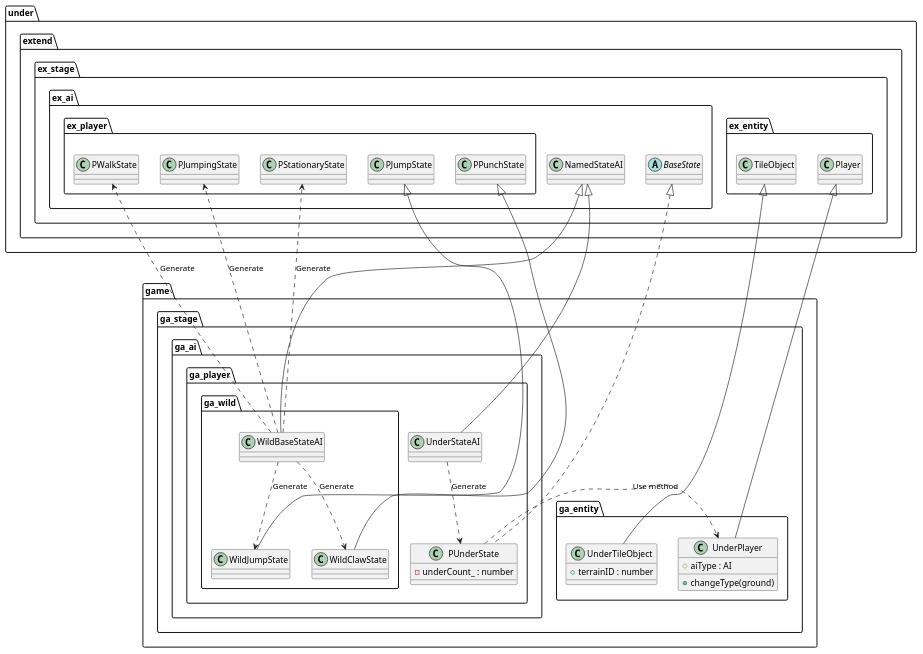
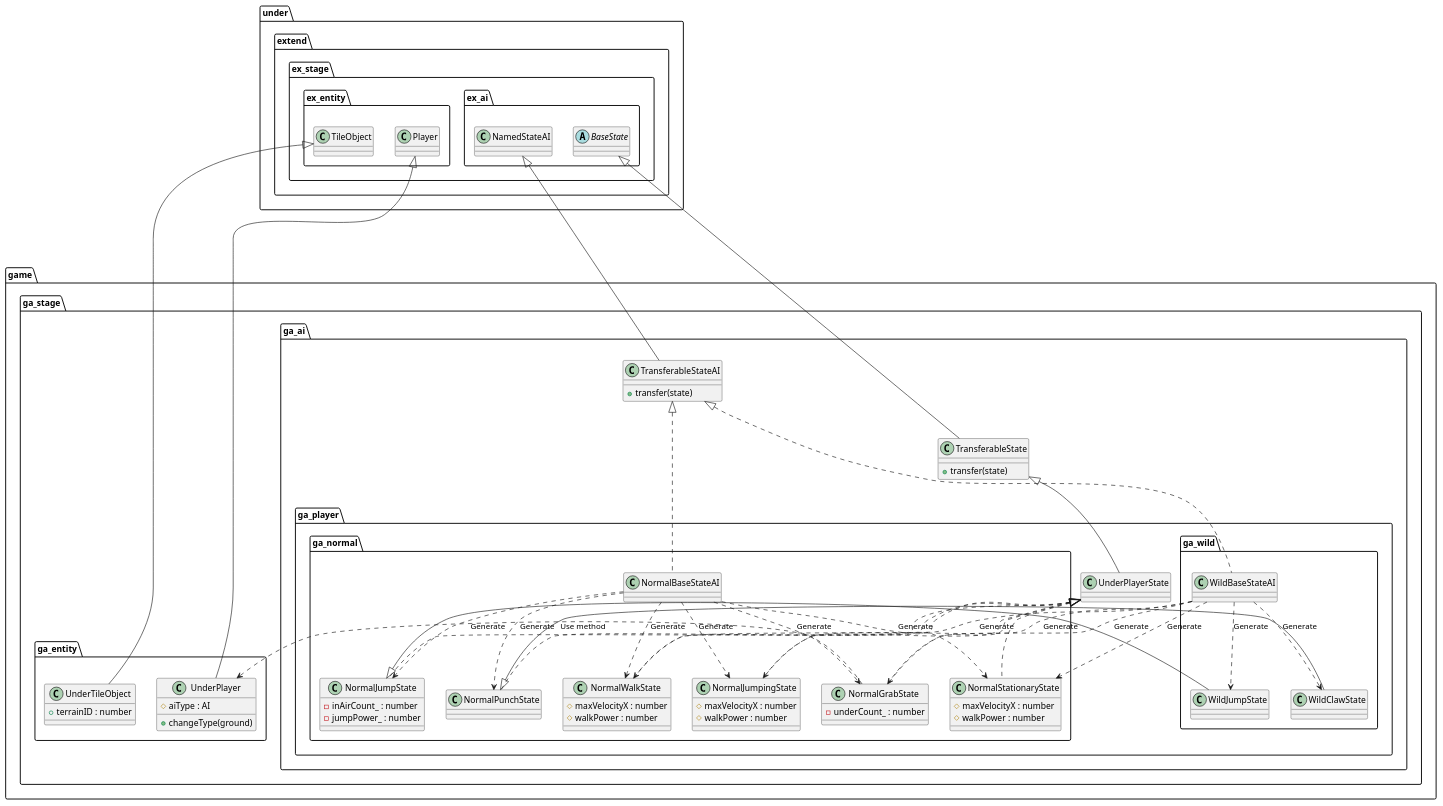
The diagram in uml/entity/Game.wsd (Expine/Under), drawn with PlantUML before and after one commit. The commit also changed 2 other files, not shown here.

```diff
--- a/uml/entity/Game.wsd
+++ b/uml/entity/Game.wsd
@@ -1,73 +1,109 @@
 @startuml EntityGame
 package game {
     package ga_stage {
         package ga_entity {
             class UnderPlayer {
                 #aiType : AI
                 +changeType(ground)
             }
             class UnderTileObject {
                 +terrainID : number
             }
         }
 
         package ga_ai {
+            class TransferableState {
+                +transfer(state)
+            }
+            class TransferableStateAI {
+                +transfer(state)
+            }
+
             package ga_player {
-                class PUnderState {
-                    -underCount_ : number
-                }
-                class UnderStateAI {
-
+                class UnderPlayerState
+                package ga_normal {
+                    class NormalBaseStateAI
+                    class NormalStationaryState {
+                        #maxVelocityX : number
+                        #walkPower : number
+                    }
+                    class NormalWalkState {
+                        #maxVelocityX : number
+                        #walkPower : number
+                    }
+                    class NormalJumpState {
+                        -inAirCount_ : number
+                        -jumpPower_ : number
+                    }
+                    class NormalJumpingState {
+                        #maxVelocityX : number
+                        #walkPower : number
+                    }
+                    class NormalPunchState
+                    class NormalGrabState {
+                        -underCount_ : number
+                    }
                 }
                 package ga_wild {
                     class WildBaseStateAI
                     class WildJumpState
                     class WildClawState
                 }
             }
         }
     }
 }
 
 package under {
     package extend {
         package ex_stage {
             package ex_entity {
                 class TileObject
                 class Player
             }
             package ex_ai {
                 class NamedStateAI
                 abstract BaseState
-                package ex_player {
-                    class PStationaryState
-                    class PWalkState
-                    class PJumpState
-                    class PJumpingState
-                    class PPunchState
-                }
             }
         }
     }
 }
 
-UnderStateAI ..> PUnderState : Generate
-WildBaseStateAI ..> PStationaryState : Generate
-WildBaseStateAI ..> PWalkState : Generate
+NormalBaseStateAI ..> NormalStationaryState : Generate
+NormalBaseStateAI ..> NormalWalkState : Generate
+NormalBaseStateAI ..> NormalJumpState : Generate
+NormalBaseStateAI ..> NormalJumpingState : Generate
+NormalBaseStateAI ..> NormalPunchState : Generate
+NormalBaseStateAI ..> NormalGrabState : Generate
+
+WildBaseStateAI ..> NormalStationaryState : Generate
+WildBaseStateAI ..> NormalWalkState : Generate
 WildBaseStateAI ..> WildJumpState : Generate
-WildBaseStateAI ..> PJumpingState : Generate
+WildBaseStateAI ..> NormalJumpingState : Generate
 WildBaseStateAI ..> WildClawState : Generate
+WildBaseStateAI ..> NormalGrabState : Generate
 
-PUnderState .> UnderPlayer : Use method
+NormalGrabState .> UnderPlayer : Use method
 
 Player <|--- UnderPlayer
 TileObject <|--- UnderTileObject
 
-BaseState <|... PUnderState
-NamedStateAI <|--- UnderStateAI
-NamedStateAI <|--- WildBaseStateAI
+NamedStateAI <|--- TransferableStateAI
+TransferableStateAI <|.. NormalBaseStateAI
+TransferableStateAI <|... WildBaseStateAI
 
-PJumpState <|-- WildJumpState
-PPunchState <|-- WildClawState
+BaseState <|-- TransferableState
+TransferableState <|-- UnderPlayerState
+
+UnderPlayerState <|.. NormalStationaryState
+UnderPlayerState <|.. NormalWalkState
+UnderPlayerState <|.. NormalJumpState
+UnderPlayerState <|.. NormalJumpingState
+UnderPlayerState <|.. NormalPunchState
+UnderPlayerState <|.. NormalGrabState
+
+NormalJumpState <|-- WildJumpState
+NormalPunchState <|-- WildClawState
+
 
 @enduml
```
